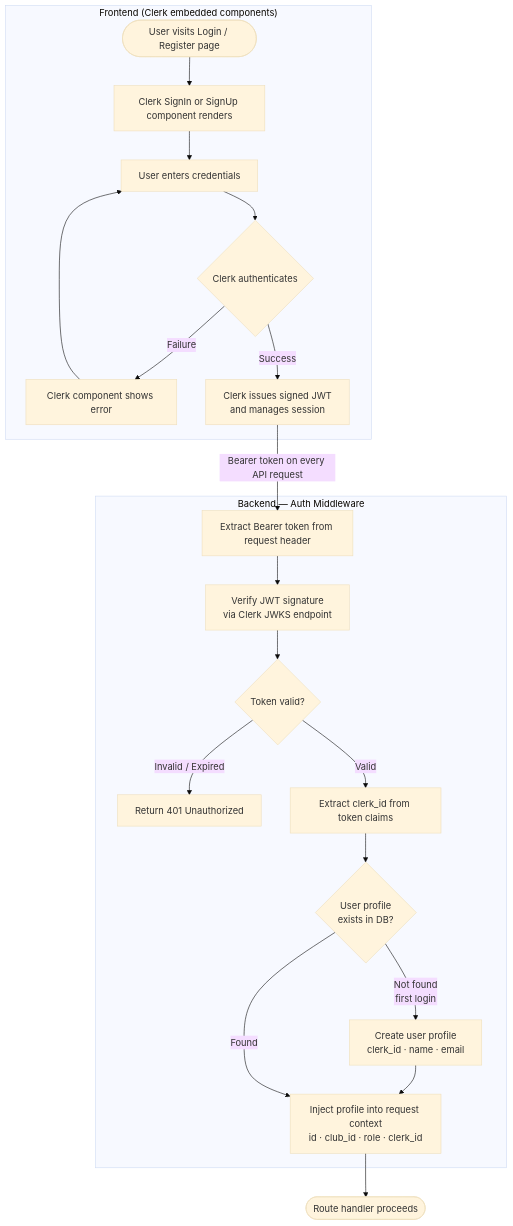
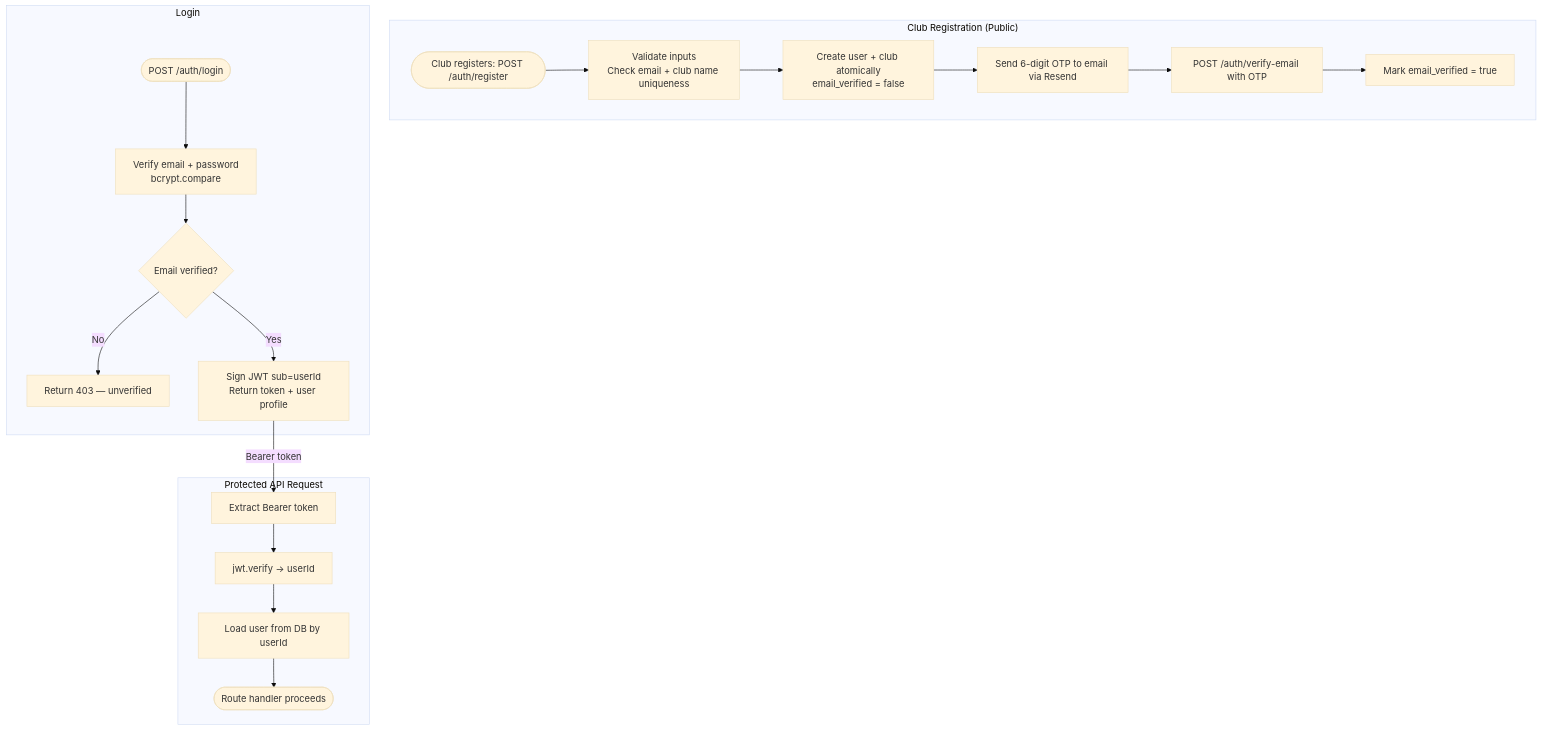
One commit to Hansenyao/sportstock changed the third of 8 diagrams in docs/system-design.md. Above: the diagram before and after it, drawn with Mermaid (base theme). The commit also changed other lines of this file and 29 other files, not shown here.

Commit message:
Remove Clerk and update Auth implementation

````diff
--- a/docs/system-design.md
+++ b/docs/system-design.md
@@ -143,34 +156,34 @@
 ```mermaid
 flowchart TD
-    subgraph Frontend["Frontend (Clerk embedded components)"]
-        A([User visits Login / Register page])
-        B[Clerk SignIn or SignUp component renders]
-        C[User enters credentials]
-        D{Clerk authenticates}
-        E[Clerk component shows error]
-        F[Clerk issues signed JWT\nand manages session]
+    subgraph Registration["Club Registration (Public)"]
+        A([Club registers: POST /auth/register])
+        B[Validate inputs\nCheck email + club name uniqueness]
+        C[Create user + club atomically\nemail_verified = false]
+        D[Send 6-digit OTP to email via Resend]
+        E[POST /auth/verify-email with OTP]
+        F[Mark email_verified = true]
     end
 
-    subgraph BackendMiddleware["Backend — Auth Middleware"]
-        G[Extract Bearer token from request header]
-        H[Verify JWT signature\nvia Clerk JWKS endpoint]
-        I{Token valid?}
-        J[Return 401 Unauthorized]
-        K[Extract clerk_id from token claims]
-        L{User profile\nexists in DB?}
-        M[Create user profile\nclerk_id · name · email]
-        N[Inject profile into request context\nid · club_id · role · clerk_id]
+    subgraph Login
+        G([POST /auth/login])
+        H[Verify email + password\nbcrypt.compare]
+        I{Email verified?}
+        J[Return 403 — unverified]
+        K[Sign JWT sub=userId\nReturn token + user profile]
     end
 
-    A --> B --> C --> D
-    D -- Failure --> E --> C
-    D -- Success --> F
+    subgraph Protected["Protected API Request"]
+        L[Extract Bearer token]
+        M[jwt.verify → userId]
+        N[Load user from DB by userId]
+        O([Route handler proceeds])
+    end
 
-    F -->|"Bearer token on every API request"| G
+    A --> B --> C --> D --> E --> F
+
     G --> H --> I
-    I -- Invalid / Expired --> J
-    I -- Valid --> K --> L
-    L -- Not found\nfirst login --> M --> N
-    L -- Found --> N
-    N --> O([Route handler proceeds])
+    I -- No --> J
+    I -- Yes --> K
+
+    K -->|Bearer token| L --> M --> N --> O
 ```
````
